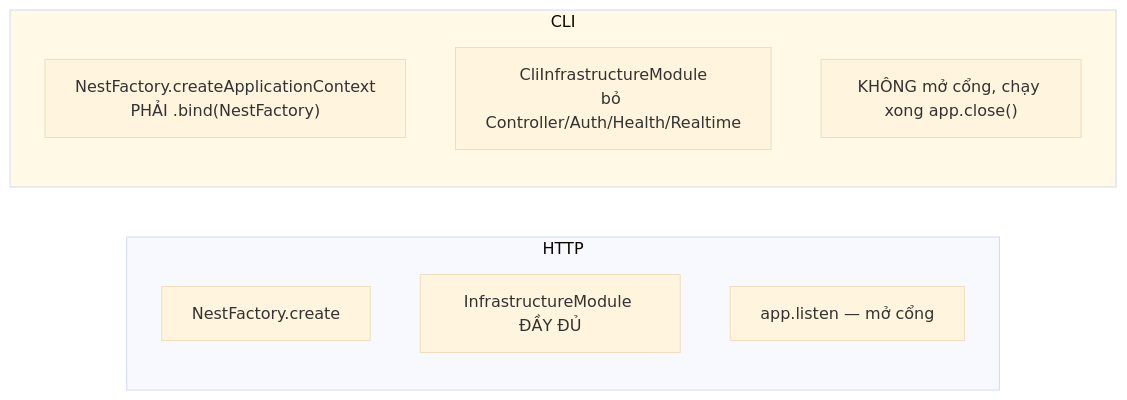
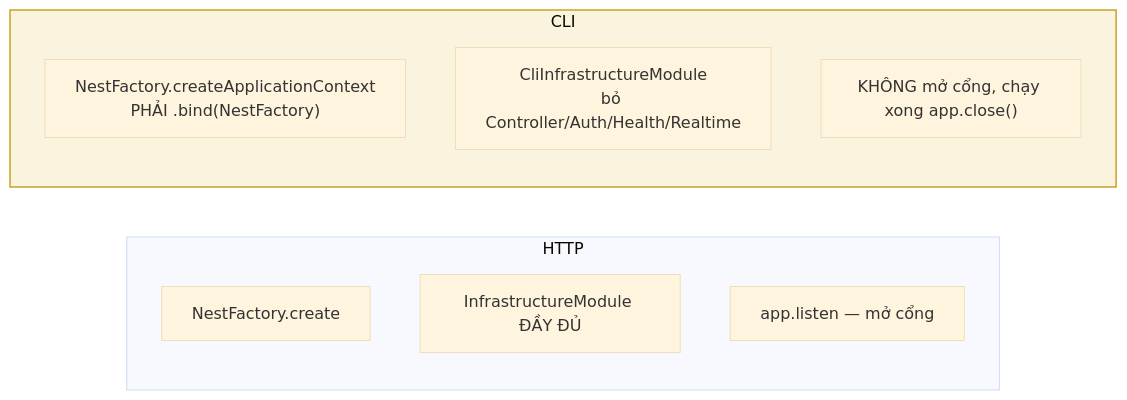
The fourth of 6 diagrams in docs/diagram/28-architecture.md (fdshn/trueheart), drawn with Mermaid (base theme) before and after one commit. The commit also changed other lines of this file and 30 other files, not shown here.

First line of the commit message:
docs(diagram): chữ trong khối tô màu đọc được ở cả giao diện sáng và tối

````diff
--- a/docs/diagram/28-architecture.md
+++ b/docs/diagram/28-architecture.md
@@ -83,15 +83,15 @@
 ```mermaid
 flowchart LR
     subgraph H["HTTP"]
         H1["NestFactory.create"]
         H2["InfrastructureModule ĐẦY ĐỦ"]
         H3["app.listen — mở cổng"]
     end
     subgraph C["CLI"]
         C1["NestFactory.createApplicationContext<br/>PHẢI .bind(NestFactory)"]
         C2["CliInfrastructureModule<br/>bỏ Controller/Auth/Health/Realtime"]
         C3["KHÔNG mở cổng, chạy xong app.close()"]
     end
 
-    style C fill:#fff9e6
+    style C fill:#dcb42826,stroke:#c9a227,stroke-width:1.5px
 ```
````
